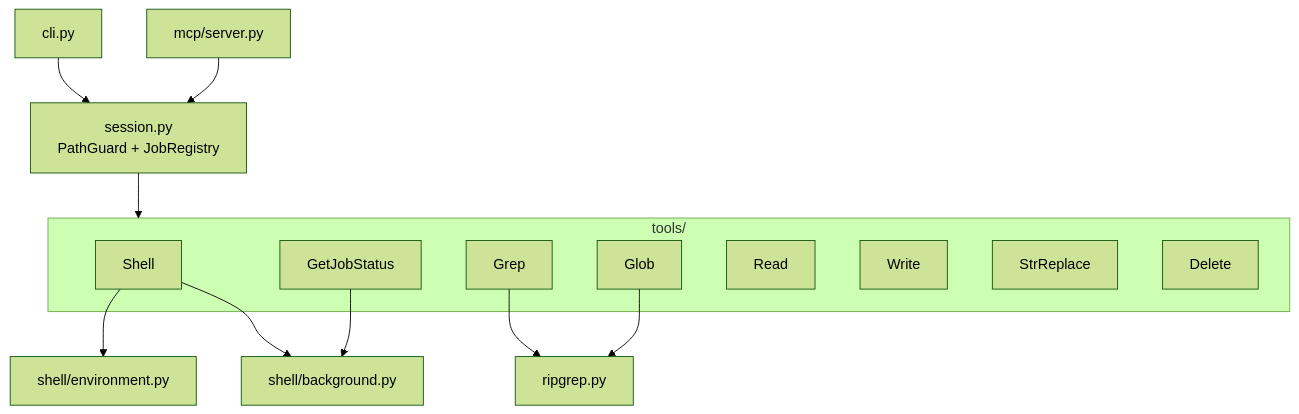
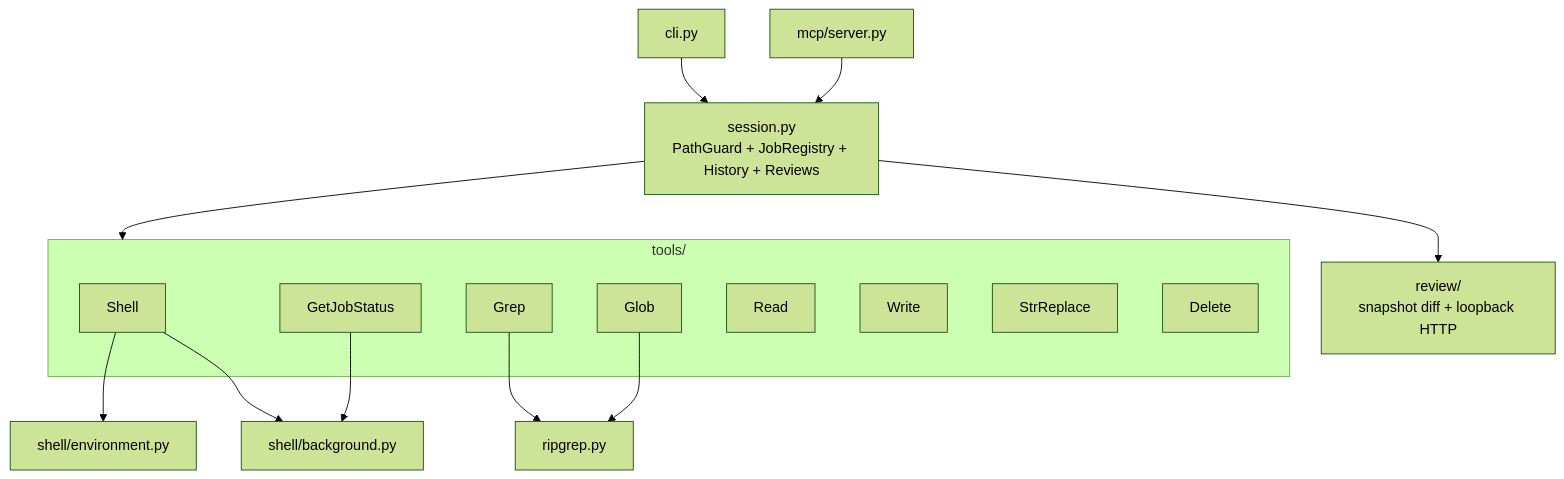
Before and after one commit to nandoripardo888/code-base: the first of 2 diagrams in docs/architecture.md, drawn with Mermaid (forest theme). The commit also changed 35 other files, not shown here.

````diff
--- a/docs/architecture.md
+++ b/docs/architecture.md
@@ -6,21 +6,22 @@
 ```mermaid
 flowchart TB
     CLI[cli.py] --> Session
     MCP[mcp/server.py] --> Session
-    Session[session.py<br/>PathGuard + JobRegistry] --> Tools
+    Session[session.py<br/>PathGuard + JobRegistry + History + Reviews] --> Tools
+    Session --> Review[review/<br/>snapshot diff + loopback HTTP]
     subgraph Tools [tools/]
         Shell
         GetJobStatus
         Grep
         Glob
         Read
         Write
         StrReplace
         Delete
     end
     Shell --> Env[shell/environment.py]
     Shell --> Jobs[shell/background.py]
     GetJobStatus --> Jobs
     Grep --> RG[ripgrep.py]
     Glob --> RG
 ```
````
